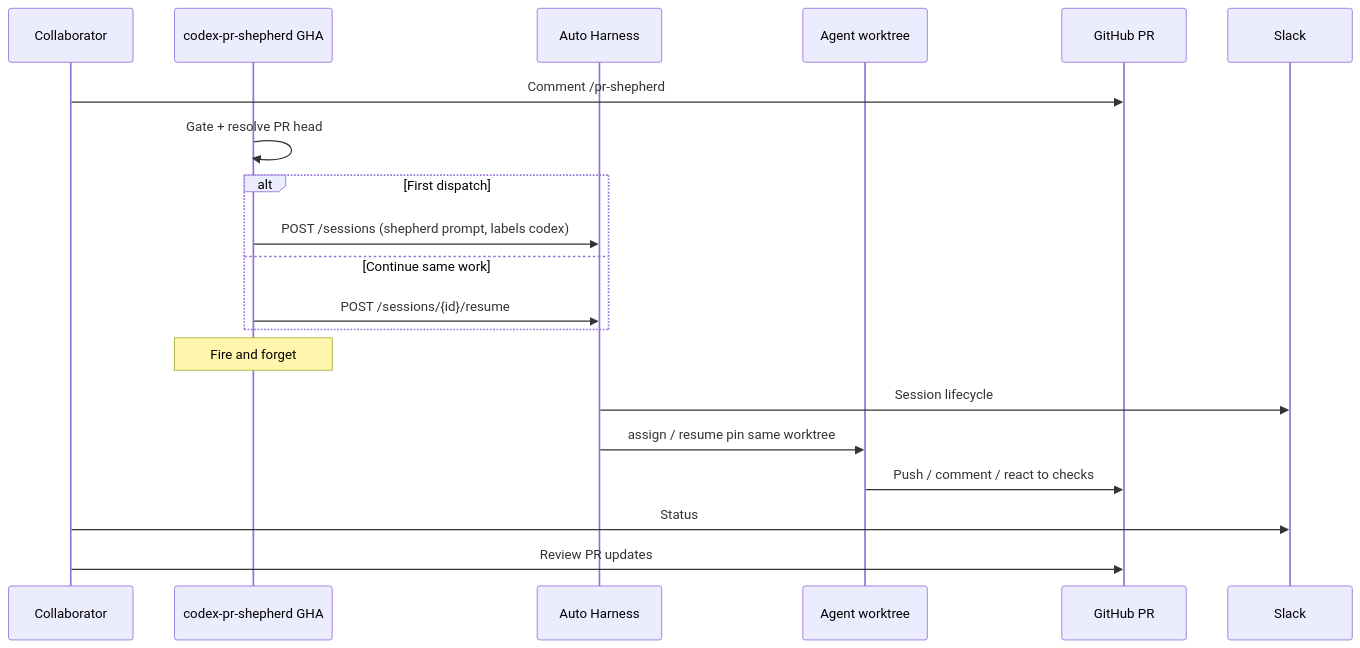
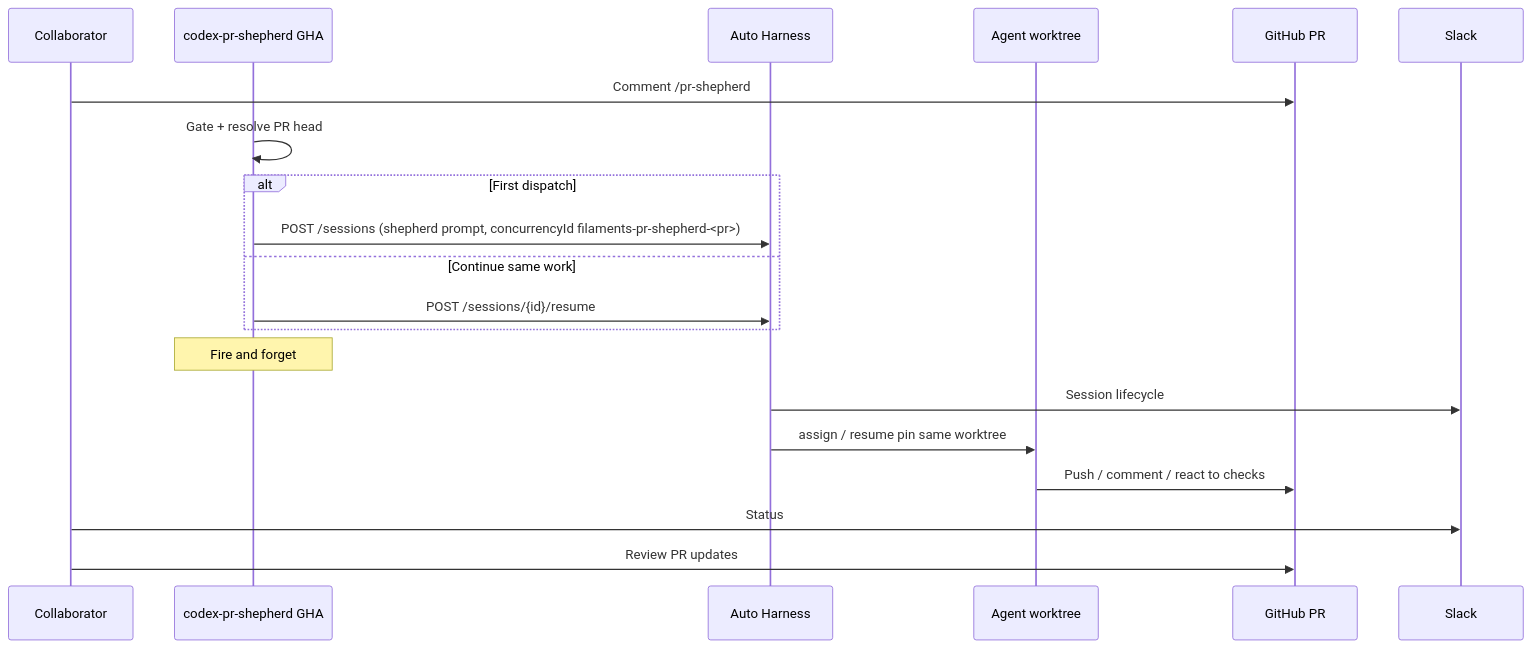
The fifth of 9 diagrams in docs/harness.md (jonathanong/auto-harness), drawn with Mermaid before and after one commit. The commit also changed other lines of this file and 67 other files, not shown here.

````diff
--- a/docs/harness.md
+++ b/docs/harness.md
@@ -215,23 +215,23 @@
 ```mermaid
 sequenceDiagram
   participant Dev as Collaborator
   participant GHA as codex-pr-shepherd GHA
   participant AH as Auto Harness
   participant Agent as Agent worktree
   participant PR as GitHub PR
   participant Slack as Slack
 
   Dev->>PR: Comment /pr-shepherd
   GHA->>GHA: Gate + resolve PR head
   alt First dispatch
-    GHA->>AH: POST /sessions (shepherd prompt, labels codex)
+    GHA->>AH: POST /sessions (shepherd prompt, concurrencyId filaments-pr-shepherd-<pr>)
   else Continue same work
     GHA->>AH: POST /sessions/{id}/resume
   end
   Note over GHA: Fire and forget
   AH->>Slack: Session lifecycle
   AH->>Agent: assign / resume pin same worktree
   Agent->>PR: Push / comment / react to checks
   Dev->>Slack: Status
   Dev->>PR: Review PR updates
 ```
````
